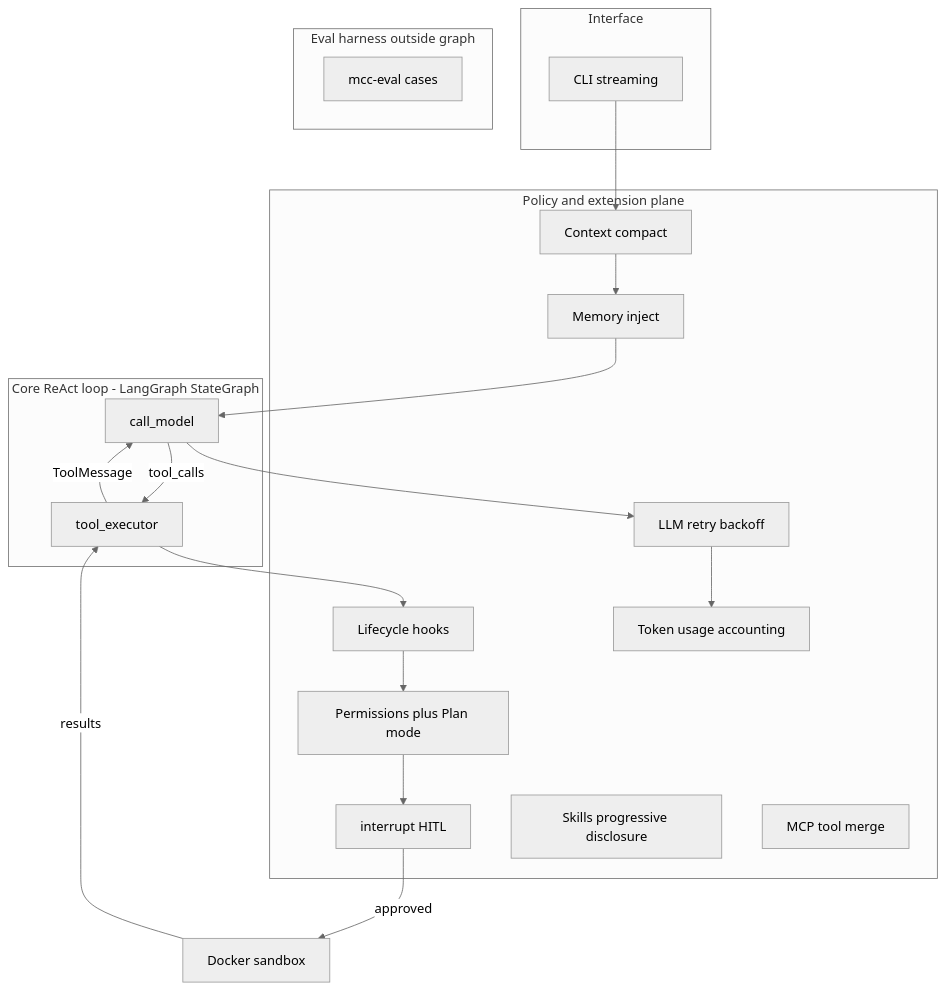
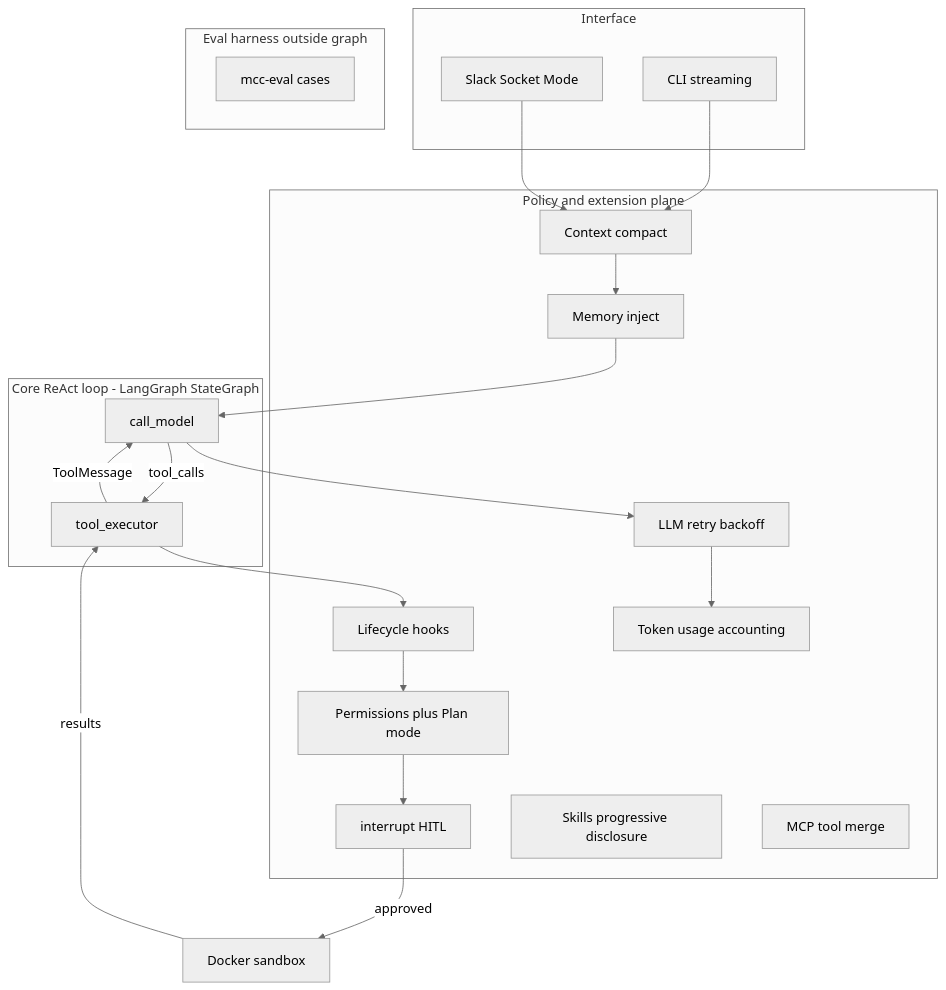
Before and after one commit to CharlotteYW/mini-claude-code: the second of 2 diagrams in docs/architecture.md, drawn with Mermaid (neutral theme). The commit also changed other lines of this file and 18 other files, not shown here.

First line of the commit message:
Ship M18 Slack OAuth adapter, Socket Mode bot, and open_pull_request tool.

````diff
--- a/docs/architecture.md
+++ b/docs/architecture.md
@@ -47,36 +48,38 @@
 ```mermaid
 flowchart TB
   subgraph ui [Interface]
     CLI[CLI streaming]
+    Slack[Slack Socket Mode]
   end
   subgraph core [Core ReAct loop - LangGraph StateGraph]
     Model[call_model]
     Tools[tool_executor]
     Model -->|tool_calls| Tools
     Tools -->|ToolMessage| Model
   end
   subgraph plane [Policy and extension plane]
     Perm[Permissions plus Plan mode]
     HITL[interrupt HITL]
     Hooks[Lifecycle hooks]
     Skills[Skills progressive disclosure]
     MCP[MCP tool merge]
     Compact[Context compact]
     Memory[Memory inject]
     Retry[LLM retry backoff]
     Usage[Token usage accounting]
   end
   subgraph eval [Eval harness outside graph]
     EvalRunner[mcc-eval cases]
   end
   CLI --> Compact
+  Slack --> Compact
   Compact --> Memory
   Memory --> Model
   Model --> Retry
   Retry --> Usage
   Tools --> Hooks
   Hooks --> Perm
   Perm --> HITL
   HITL -->|approved| Sandbox[Docker sandbox]
   Sandbox -->|results| Tools
 ```
````
